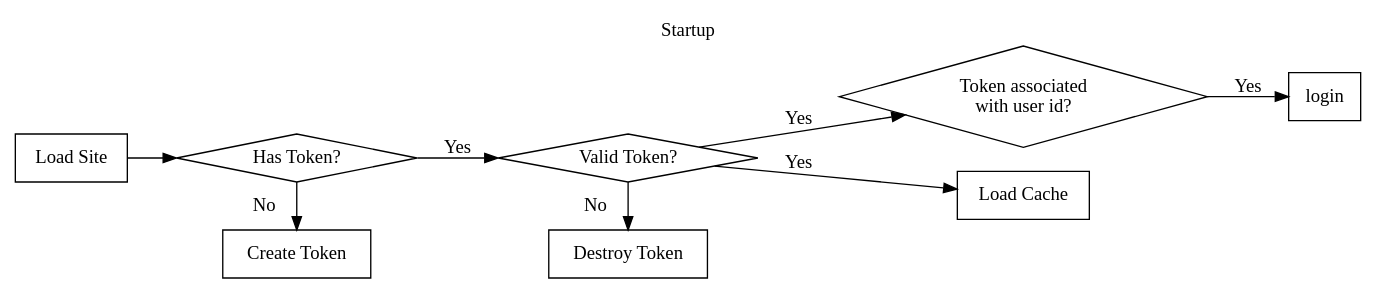
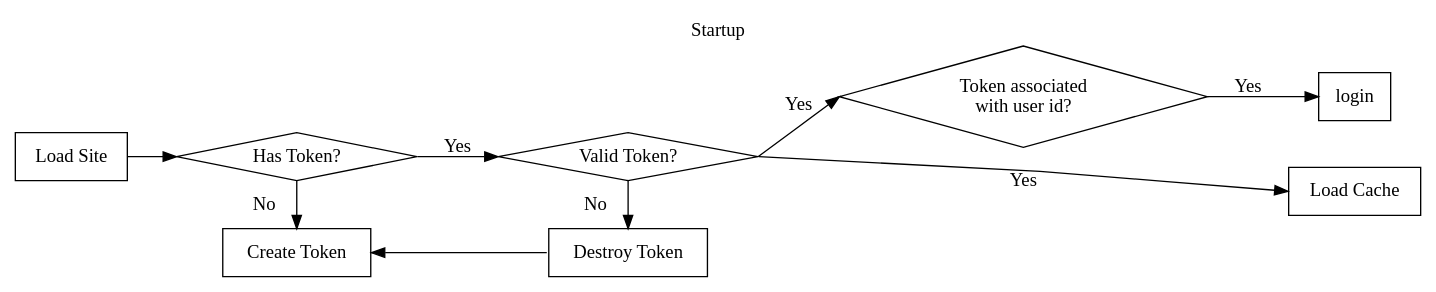
One commit to lajh87/shinyGraphViz changed the diagram in docs/startup_logic.gv. Above: the diagram before and after it, drawn with Graphviz. The commit also changed 3 other files, not shown here.

```diff
--- a/docs/startup_logic.gv
+++ b/docs/startup_logic.gv
@@ -1,64 +1,66 @@
 digraph G {
   graph[
     rankdir = LR
     label = "Startup"
     labelloc = "t"
     ]
   node [];
   edge [];
 
   splines=false;
-  
+
   load [
     label = "Load Site";
     shape = rect;
   ];
-  
+
   has_token [
     label = "Has Token?";
     shape = diamond;
   ];
-  
+
   valid_token [
     label = "Valid Token?";
     shape = diamond;
   ];
-  
+
   user_id [
     label = "Token associated\nwith user id?";
     shape = diamond;
   ];
-  
+
   create_token[
     label = "Create Token",
     shape = rectangle
   ]
-  
+
   destroy_token[
     label = "Destroy Token",
     shape = rectangle
   ]
-  
+
   login[
     label = login
     shape = rectangle
   ]
-  
+
   load_cache[
     label = "Load Cache"
     shape = rectangle
   ]
-  
+
   load -> has_token
   has_token -> valid_token[label = "Yes"]
   has_token:s -> create_token:n[label = "No"]
-  valid_token -> user_id[label = "Yes"]
+  valid_token:e -> user_id:w[label = "Yes"]
   valid_token:s -> destroy_token:n[label = "No"]
   user_id -> login[label = "Yes"]
-  
-  valid_token -> load_cache[label = "Yes"]
-  
+  destroy_token:w -> create_token:e
+
+  valid_token:e -> load_cache:w[label = "Yes"]
+
   {rank = same; has_token; create_token;}
   {rank = same; valid_token; destroy_token;}
- 
+  {rank = same; login; load_cache;}
+
 }
```
